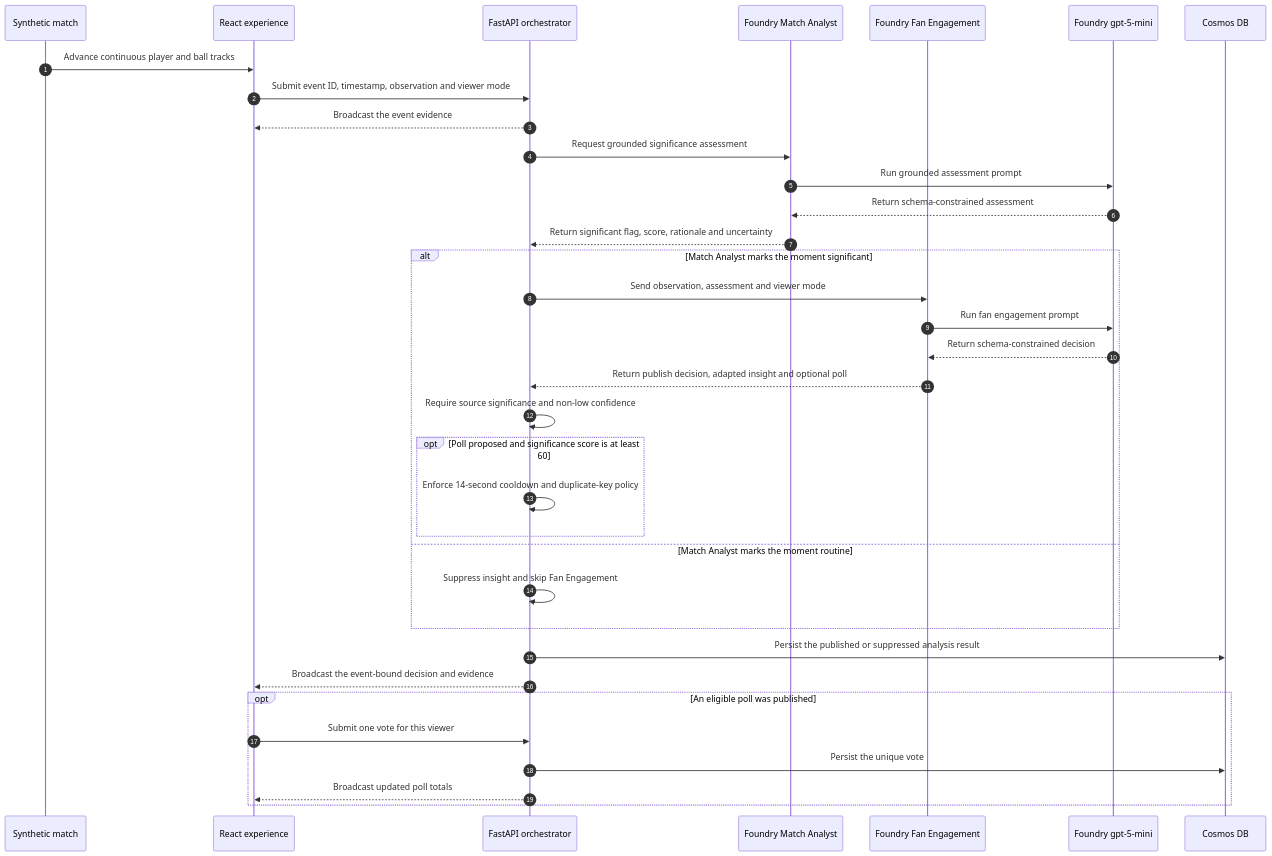
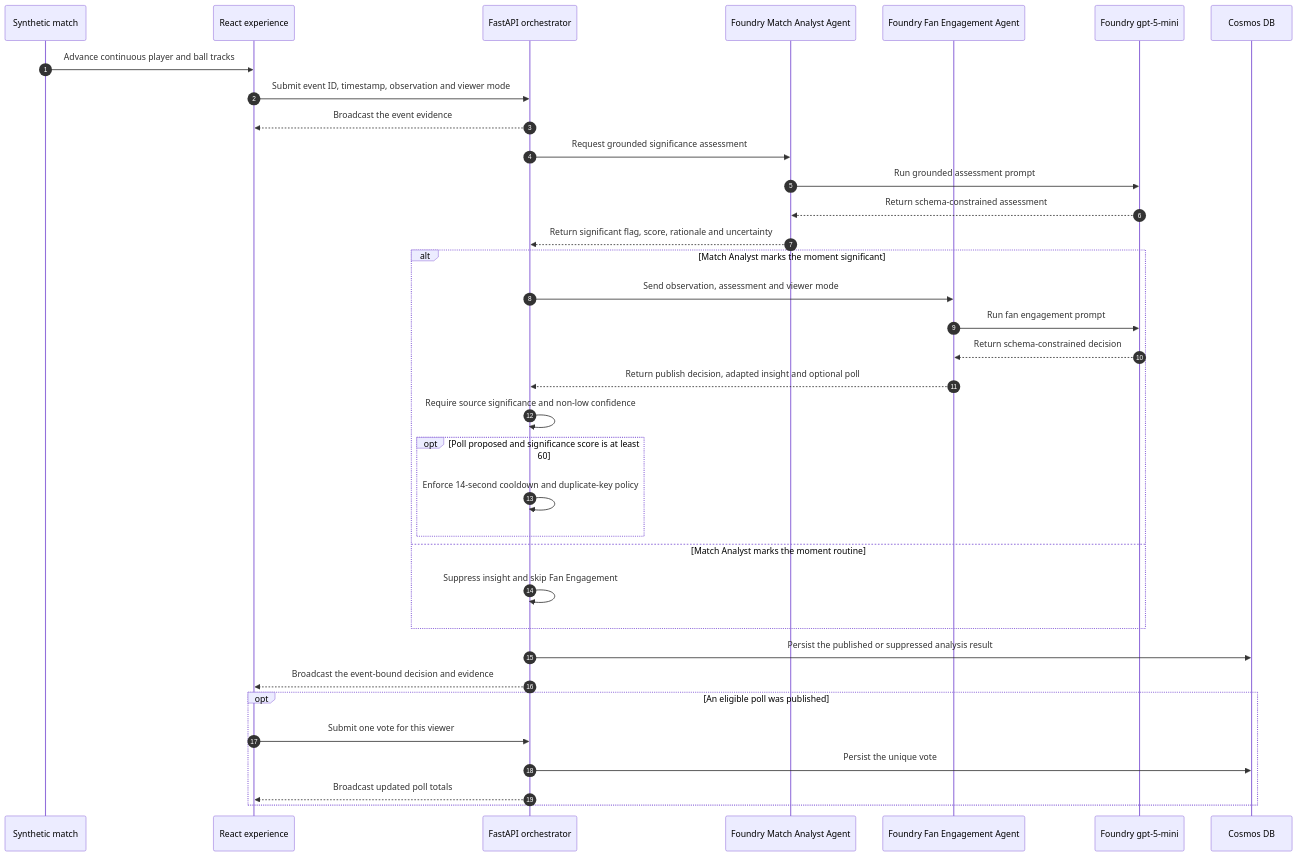
Before and after one commit to rriviere/fanpulse: the second of 4 diagrams in README.md, drawn with Mermaid. The commit also changed other lines of this file, not shown here.

Commit message:
docs: identify Foundry agents in architecture diagrams

````diff
--- a/README.md
+++ b/README.md
@@ -69,38 +69,38 @@
 ```mermaid
 sequenceDiagram
     autonumber
     participant Match as Synthetic match
     participant UI as React experience
     participant API as FastAPI orchestrator
-    participant Analyst as Foundry Match Analyst
-    participant Engagement as Foundry Fan Engagement
+    participant Analyst as Foundry Match Analyst Agent
+    participant Engagement as Foundry Fan Engagement Agent
     participant Model as Foundry gpt-5-mini
     participant DB as Cosmos DB
 
     Match->>UI: Advance continuous player and ball tracks
     UI->>API: Submit event ID, timestamp, observation and viewer mode
     API-->>UI: Broadcast the event evidence
     API->>Analyst: Request grounded significance assessment
     Analyst->>Model: Run grounded assessment prompt
     Model-->>Analyst: Return schema-constrained assessment
     Analyst-->>API: Return significant flag, score, rationale and uncertainty
     alt Match Analyst marks the moment significant
         API->>Engagement: Send observation, assessment and viewer mode
         Engagement->>Model: Run fan engagement prompt
         Model-->>Engagement: Return schema-constrained decision
         Engagement-->>API: Return publish decision, adapted insight and optional poll
         API->>API: Require source significance and non-low confidence
         opt Poll proposed and significance score is at least 60
             API->>API: Enforce 14-second cooldown and duplicate-key policy
         end
     else Match Analyst marks the moment routine
         API->>API: Suppress insight and skip Fan Engagement
     end
     API->>DB: Persist the published or suppressed analysis result
     API-->>UI: Broadcast the event-bound decision and evidence
     opt An eligible poll was published
         UI->>API: Submit one vote for this viewer
         API->>DB: Persist the unique vote
         API-->>UI: Broadcast updated poll totals
     end
 ```
````
